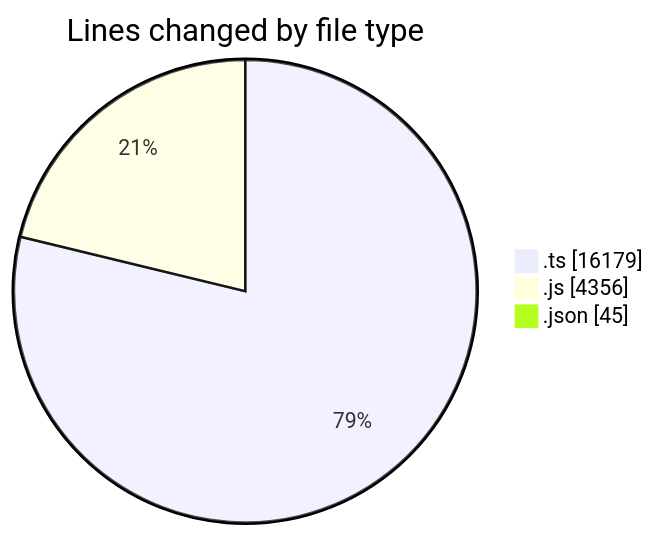
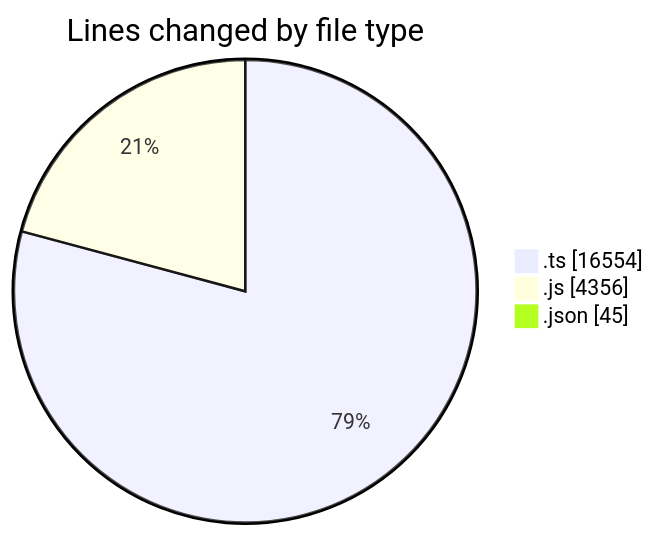
One commit to momahboobian/code-tracking changed the first of 2 diagrams in 2025-07-29/cda/README.md. Above: the diagram before and after it, drawn with Mermaid. The commit also changed other lines of this file and 1 other file, not shown here.

````diff
--- a/2025-07-29/cda/README.md
+++ b/2025-07-29/cda/README.md
@@ -30,7 +30,7 @@
 ```mermaid
 pie showData
 title Lines changed by file type
-".ts" : 16179
+".ts" : 16554
 ".js" : 4356
 ".json" : 45
 ```
````
